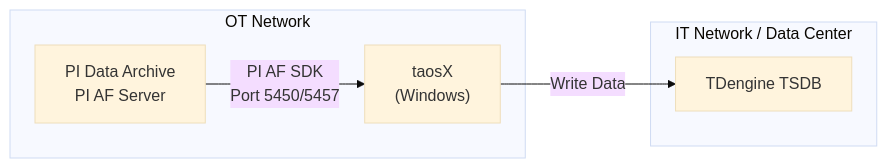
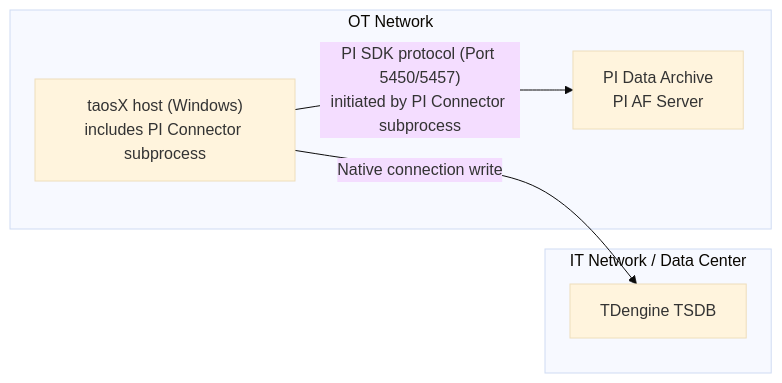
One commit to taosdata/TDengine changed the first of 3 diagrams in docs/en/06-advanced/05-data-in/03-pi/02-deployment-architecture.md. Above: the diagram before and after it, drawn with Mermaid (base theme). The commit also changed other lines of this file and 7 other files, not shown here.

````diff
--- a/docs/en/06-advanced/05-data-in/03-pi/02-deployment-architecture.md
+++ b/docs/en/06-advanced/05-data-in/03-pi/02-deployment-architecture.md
@@ -23,12 +23,12 @@
 ```mermaid
 graph LR
     subgraph OT["OT Network"]
         PI["PI Data Archive<br/>PI AF Server"]
-        TX["taosX<br/>(Windows)"]
+        TX["taosX host (Windows)<br/>includes PI Connector subprocess"]
     end
     subgraph IT["IT Network / Data Center"]
         TD["TDengine TSDB"]
     end
-    PI -- "PI AF SDK<br/>Port 5450/5457" --> TX
-    TX -- "Write Data" --> TD
+    TX -- "PI SDK protocol (Port 5450/5457)<br/>initiated by PI Connector subprocess" --> PI
+    TX -- "Native connection write" --> TD
 ```
````
